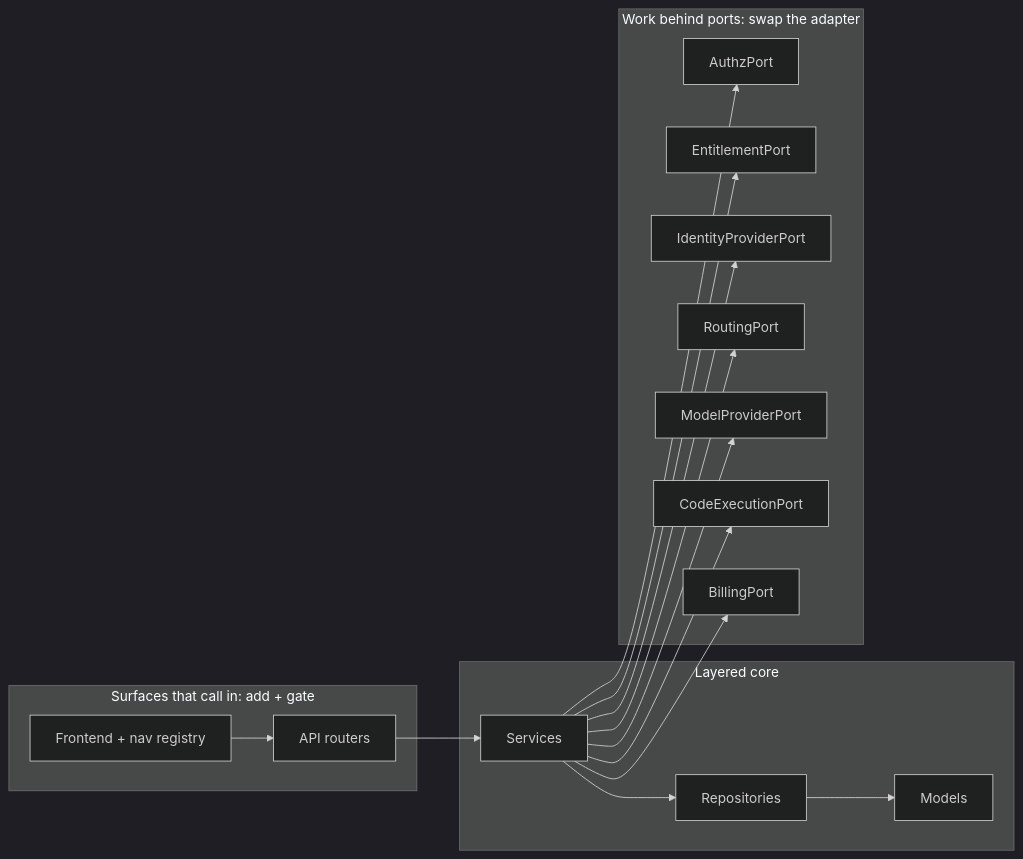
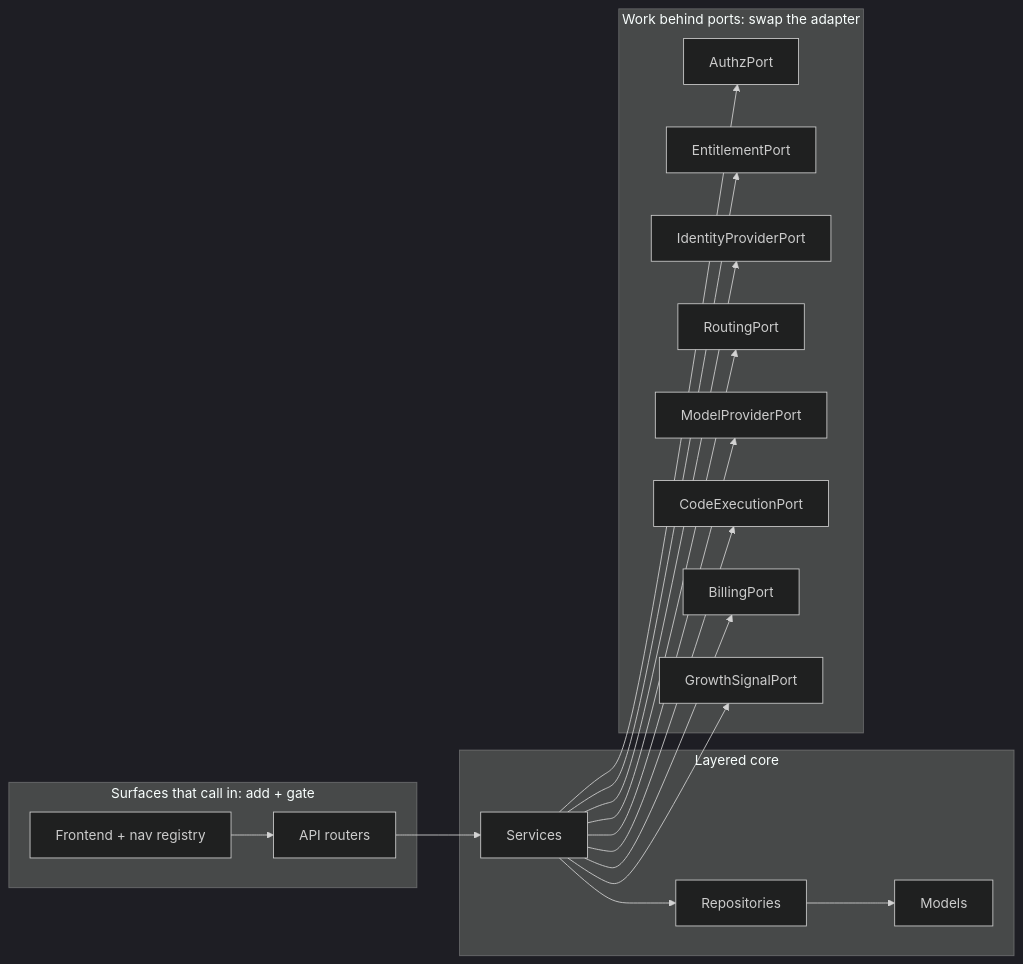
The second of 2 diagrams in ARCHITECTURE.md (AloysJehwin/otari), drawn with Mermaid (dark theme) before and after one commit. The commit also changed other lines of this file and 24 other files, not shown here.

````diff
--- a/ARCHITECTURE.md
+++ b/ARCHITECTURE.md
@@ -88,29 +89,31 @@
 ```mermaid
 flowchart LR
     subgraph driving["Surfaces that call in: add + gate"]
         UI["Frontend + nav registry"]
         API["API routers"]
     end
     subgraph core["Layered core"]
         SVC[Services]
         REPO[Repositories]
         MOD[Models]
     end
     subgraph driven["Work behind ports: swap the adapter"]
         AP[AuthzPort]
         EP[EntitlementPort]
         IP[IdentityProviderPort]
         RP[RoutingPort]
         MP[ModelProviderPort]
         CP[CodeExecutionPort]
         BP[BillingPort]
+        GP[GrowthSignalPort]
     end
     UI --> API --> SVC --> REPO --> MOD
     SVC --> AP
     SVC --> EP
     SVC --> IP
     SVC --> RP
     SVC --> MP
     SVC --> CP
     SVC --> BP
+    SVC --> GP
 ```
````
